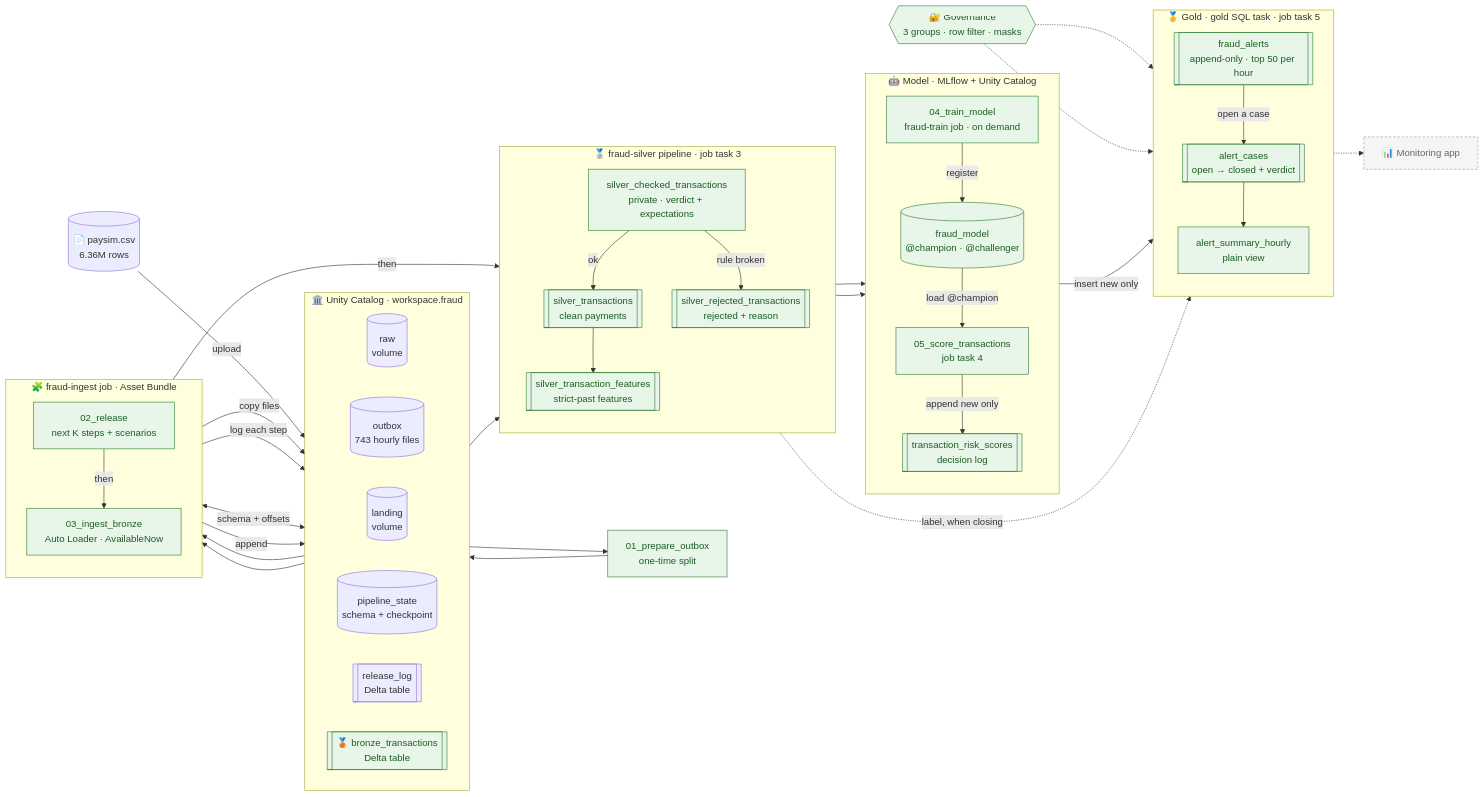
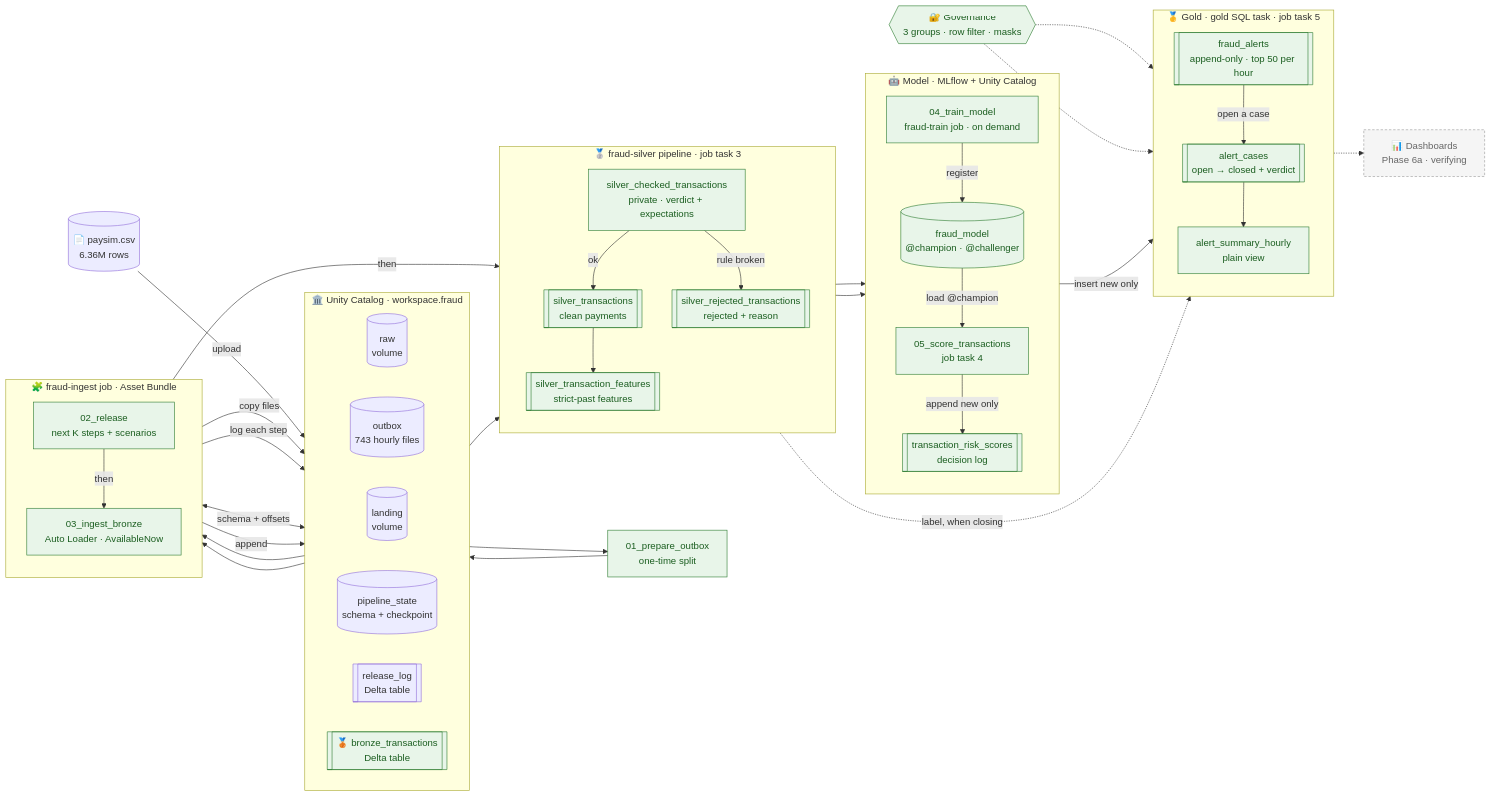
Before and after one commit to deepan-mehta-analytics/databricks-fraud-detection: the diagram in README.md, drawn with Mermaid. The commit also changed other lines of this file and 3 other files, not shown here.

````diff
--- a/README.md
+++ b/README.md
@@ -157,82 +164,82 @@
 ```mermaid
 flowchart LR
     CSV[("📄 paysim.csv<br/>6.36M rows")]
 
     subgraph UC["🏛️ Unity Catalog · workspace.fraud"]
         direction LR
         RAW[("raw<br/>volume")]
         OUT[("outbox<br/>743 hourly files")]
         LAND[("landing<br/>volume")]
         STATE[("pipeline_state<br/>schema + checkpoint")]
         LOG[["release_log<br/>Delta table"]]
         BRONZE[["🥉 bronze_transactions<br/>Delta table"]]
     end
 
     subgraph JOB["🧩 fraud-ingest job · Asset Bundle"]
         direction TB
         REL["02_release<br/>next K steps + scenarios"]
         ING["03_ingest_bronze<br/>Auto Loader · AvailableNow"]
         REL -->|then| ING
     end
 
     SPLIT["01_prepare_outbox<br/>one-time split"]
 
     CSV -->|upload| RAW --> SPLIT --> OUT
     OUT --> REL
     REL -->|copy files| LAND
     REL -->|log each step| LOG
     LAND --> ING
     ING <-->|schema + offsets| STATE
     ING -->|append| BRONZE
 
     subgraph PIPE["🥈 fraud-silver pipeline · job task 3"]
         direction TB
         CHK["silver_checked_transactions<br/>private · verdict + expectations"]
         CLEAN[["silver_transactions<br/>clean payments"]]
         REJ[["silver_rejected_transactions<br/>rejected + reason"]]
         FEAT[["silver_transaction_features<br/>strict-past features"]]
         CHK -->|ok| CLEAN
         CHK -->|rule broken| REJ
         CLEAN --> FEAT
     end
 
     ING -->|then| CHK
     BRONZE --> CHK
 
     subgraph MODEL["🤖 Model · MLflow + Unity Catalog"]
         direction TB
         TRAIN["04_train_model<br/>fraud-train job · on demand"]
         REG[("fraud_model<br/>@champion · @challenger")]
         SCORE["05_score_transactions<br/>job task 4"]
         SCORES[["transaction_risk_scores<br/>decision log"]]
         TRAIN -->|register| REG
         REG -->|load @champion| SCORE
         SCORE -->|append new only| SCORES
     end
 
     FEAT --> TRAIN
     FEAT --> SCORE
 
     subgraph GOLD["🥇 Gold · gold SQL task · job task 5"]
         direction TB
         ALERTS[["fraud_alerts<br/>append-only · top 50 per hour"]]
         CASES[["alert_cases<br/>open → closed + verdict"]]
         SUMMARY["alert_summary_hourly<br/>plain view"]
         ALERTS -->|open a case| CASES
         CASES --> SUMMARY
     end
 
     SCORES -->|insert new only| ALERTS
     CLEAN -.->|label, when closing| CASES
 
     GOV{{"🔐 Governance<br/>3 groups · row filter · masks"}}
     GOV -.-> CASES
     GOV -.-> ALERTS
 
-    SUMMARY -.-> APP["📊 Monitoring app"]
+    SUMMARY -.-> APP["📊 Dashboards<br/>Phase 6a · verifying"]
 
     classDef planned fill:#f5f5f5,stroke:#999,stroke-dasharray:4 3,color:#666
     classDef done fill:#e8f5e9,stroke:#2e7d32,color:#1b5e20
     class APP planned
     class REL,ING,SPLIT,BRONZE,CHK,CLEAN,REJ,FEAT,TRAIN,REG,SCORE,SCORES,ALERTS,CASES,SUMMARY,GOV done
 ```
````
